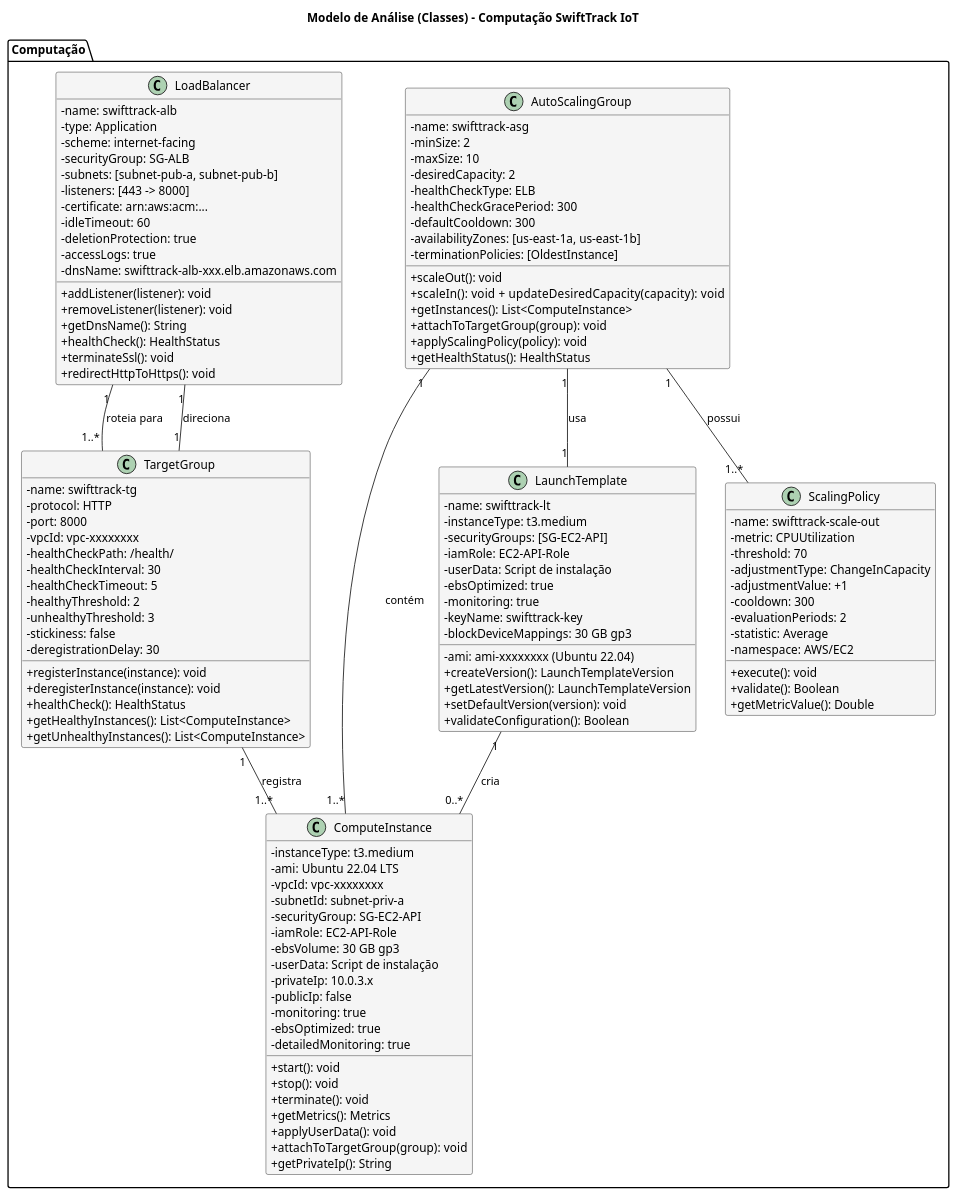
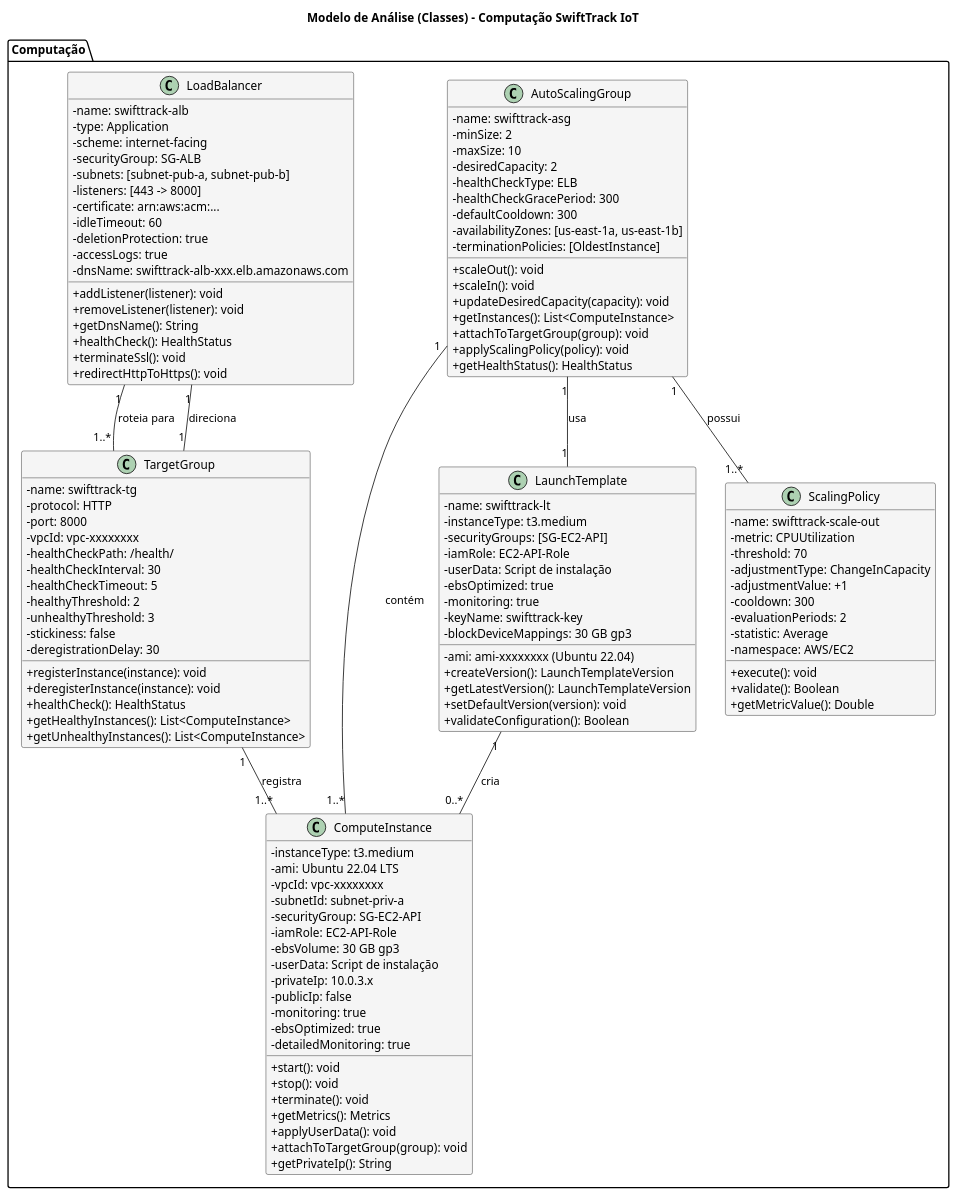
Before and after one commit to jonh-carvalho/PC_ADS_26.2_8001: the second of 5 diagrams in docs/Disciplina/roteiros/Elaboracao/dimens_comp.md, drawn with PlantUML. The commit also changed 3 other files, not shown here.

```diff
--- a/docs/Disciplina/roteiros/Elaboracao/dimens_comp.md
+++ b/docs/Disciplina/roteiros/Elaboracao/dimens_comp.md
@@ -592,7 +592,8 @@
     - availabilityZones: [us-east-1a, us-east-1b]
     - terminationPolicies: [OldestInstance]
     + scaleOut(): void
-    + scaleIn(): void    + updateDesiredCapacity(capacity): void
+    + scaleIn(): void
+    + updateDesiredCapacity(capacity): void
     + getInstances(): List<ComputeInstance>
     + attachToTargetGroup(group): void
     + applyScalingPolicy(policy): void
```
